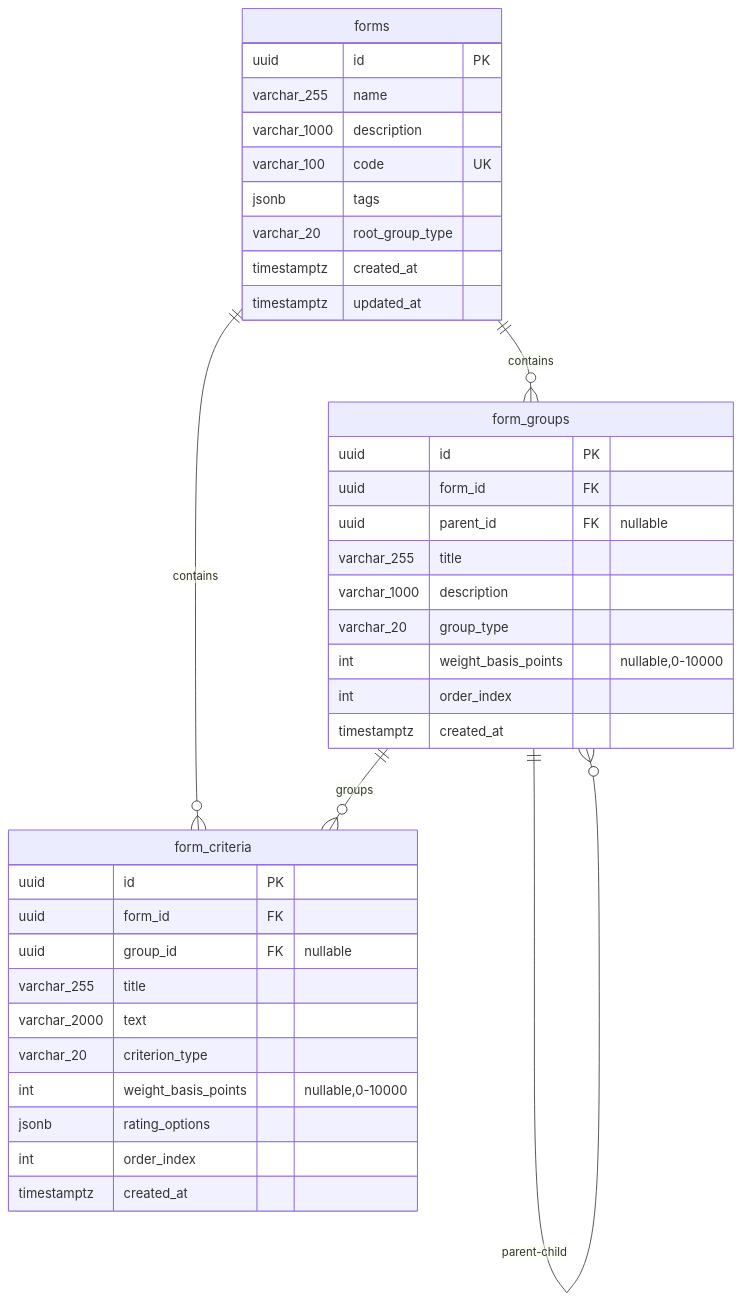
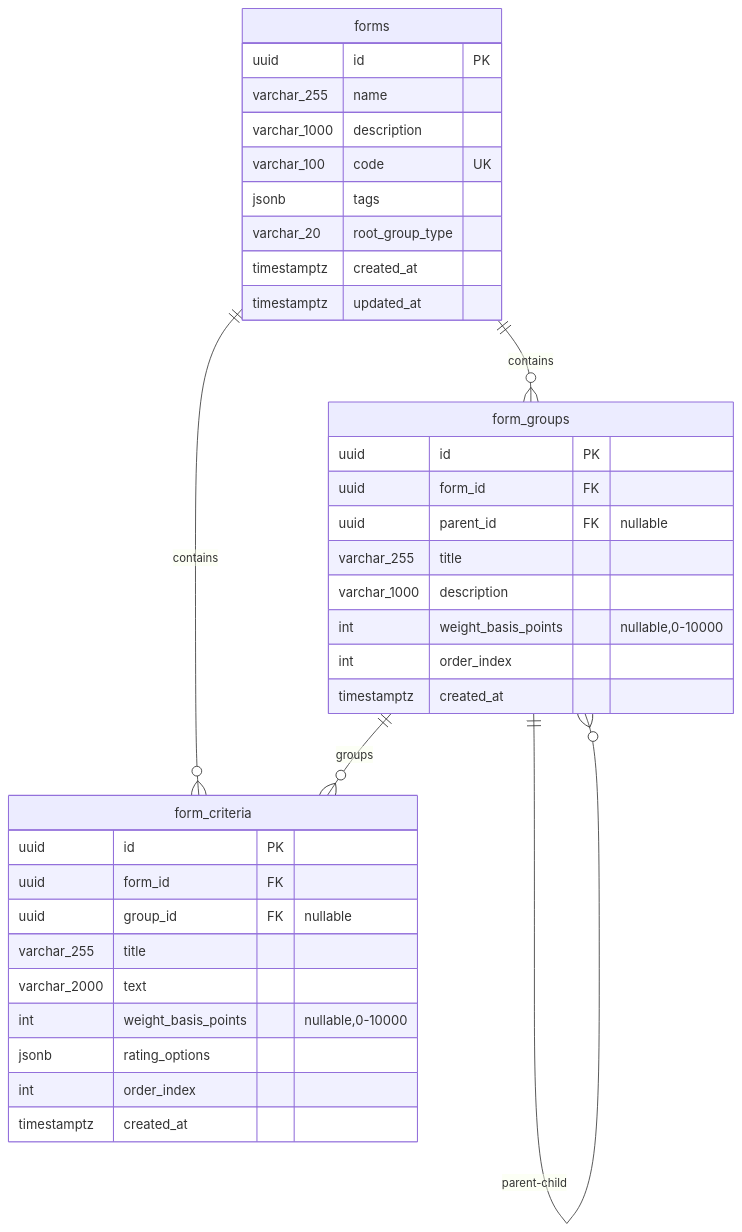
One commit to FredoqCorp/module-evaluations changed the diagram in docs/architecture/database-schema.md. Above: the diagram before and after it, drawn with Mermaid. The commit also changed other lines of this file and 234 other files, not shown here.

````diff
--- a/docs/architecture/database-schema.md
+++ b/docs/architecture/database-schema.md
@@ -7,43 +7,41 @@
 ```mermaid
 erDiagram
     forms ||--o{ form_groups : "contains"
     forms ||--o{ form_criteria : "contains"
     form_groups ||--o{ form_groups : "parent-child"
     form_groups ||--o{ form_criteria : "groups"
 
     forms {
         uuid id PK
         varchar_255 name
         varchar_1000 description
         varchar_100 code UK
         jsonb tags
         varchar_20 root_group_type
         timestamptz created_at
         timestamptz updated_at
     }
 
     form_groups {
         uuid id PK
         uuid form_id FK
         uuid parent_id FK "nullable"
         varchar_255 title
         varchar_1000 description
-        varchar_20 group_type
         int weight_basis_points "nullable,0-10000"
         int order_index
         timestamptz created_at
     }
 
     form_criteria {
         uuid id PK
         uuid form_id FK
         uuid group_id FK "nullable"
         varchar_255 title
         varchar_2000 text
-        varchar_20 criterion_type
         int weight_basis_points "nullable,0-10000"
         jsonb rating_options
         int order_index
         timestamptz created_at
     }
 ```
````
